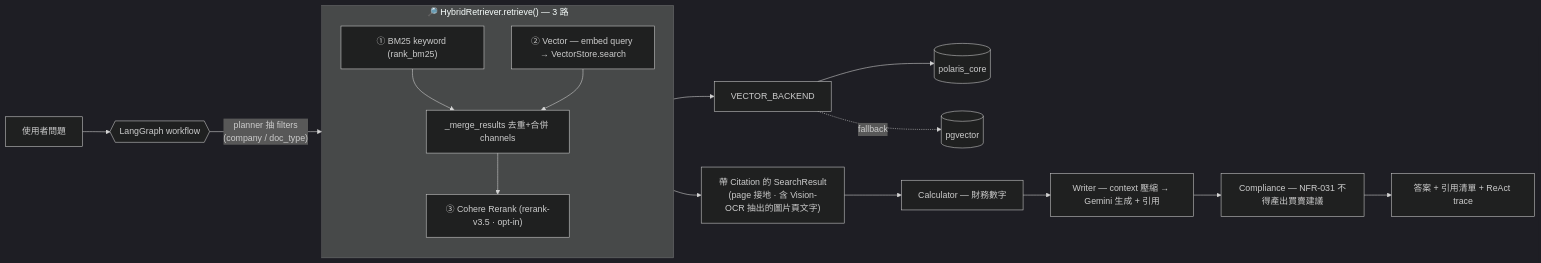
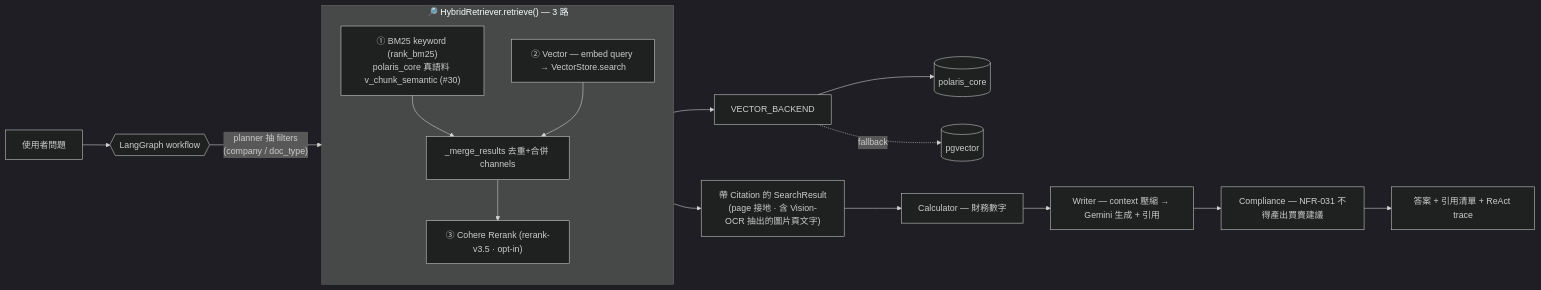
Before and after one commit to holajennytw/polaris-desk: the fourth of 9 diagrams in docs/architecture.md, drawn with Mermaid (dark theme). The commit also changed other lines of this file, not shown here.

First line of the commit message:
docs(architecture): reflect jenny/main HEAD (#38 #39 #41 #35)

````diff
--- a/docs/architecture.md
+++ b/docs/architecture.md
@@ -199,21 +199,21 @@
 ```mermaid
 flowchart LR
     Q["使用者問題"] --> WF{{"LangGraph workflow"}}
     WF -->|"planner 抽 filters<br/>(company / doc_type)"| RETR
 
     subgraph RETR["🔎 HybridRetriever.retrieve() — 3 路"]
         direction TB
-        BM["① BM25 keyword (rank_bm25)"] --> MRG["_merge_results 去重+合併 channels"]
+        BM["① BM25 keyword (rank_bm25)<br/>polaris_core 真語料 v_chunk_semantic (#30)"] --> MRG["_merge_results 去重+合併 channels"]
         VEC["② Vector — embed query → VectorStore.search"] --> MRG
         MRG --> RRK["③ Cohere Rerank (rerank-v3.5 · opt-in)"]
     end
 
     VEC --> FAC["VECTOR_BACKEND"]
     FAC --> BQ[("polaris_core")]
     FAC -.fallback.-> PG[("pgvector")]
     RRK --> CITE["帶 Citation 的 SearchResult<br/>(page 接地 · 含 Vision-OCR 抽出的圖片頁文字)"]
     CITE --> CALC["Calculator — 財務數字"]
     CALC --> WRT["Writer — context 壓縮 → Gemini 生成 + 引用"]
     WRT --> CMP["Compliance — NFR-031 不得產出買賣建議"]
     CMP --> ANS["答案 + 引用清單 + ReAct trace"]
 ```
````
